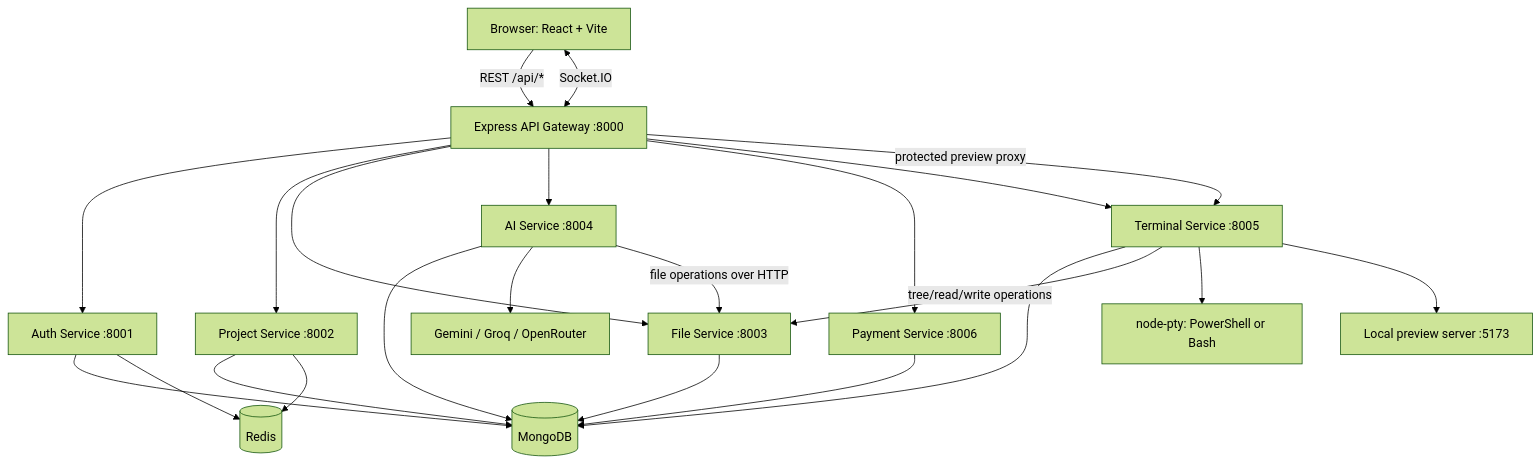
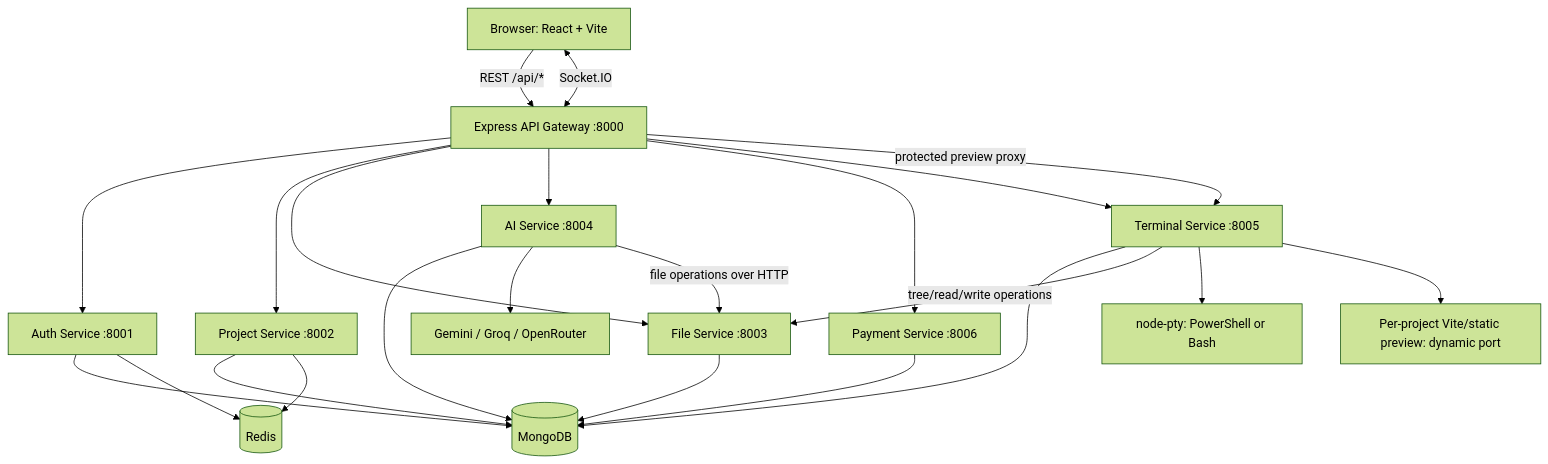
The first of 7 diagrams in README.md (ShantannuDev2003/vertexAI), drawn with Mermaid (forest theme) before and after one commit. The commit also changed other lines of this file, not shown here.

````diff
--- a/README.md
+++ b/README.md
@@ -72,39 +76,39 @@
 ```mermaid
 flowchart TB
     Browser["Browser: React + Vite"]
     Gateway["Express API Gateway :8000"]
     Auth["Auth Service :8001"]
     Project["Project Service :8002"]
     File["File Service :8003"]
     AI["AI Service :8004"]
     Terminal["Terminal Service :8005"]
     Payment["Payment Service :8006"]
     Mongo[("MongoDB")]
     Redis[("Redis")]
     LLM["Gemini / Groq / OpenRouter"]
     PTY["node-pty: PowerShell or Bash"]
-    Preview["Local preview server :5173"]
+    Preview["Per-project Vite/static preview: dynamic port"]
 
     Browser -->|"REST /api/*"| Gateway
     Browser <-->|"Socket.IO"| Gateway
     Gateway --> Auth
     Gateway --> Project
     Gateway --> File
     Gateway --> AI
     Gateway --> Payment
     Gateway --> Terminal
     Gateway -->|"protected preview proxy"| Terminal
     Auth --> Mongo
     Project --> Mongo
     File --> Mongo
     AI --> Mongo
     Terminal --> Mongo
     Payment --> Mongo
     Auth --> Redis
     Project --> Redis
     AI --> LLM
     AI -->|"file operations over HTTP"| File
     Terminal -->|"tree/read/write operations"| File
     Terminal --> PTY
     Terminal --> Preview
 ```
````
